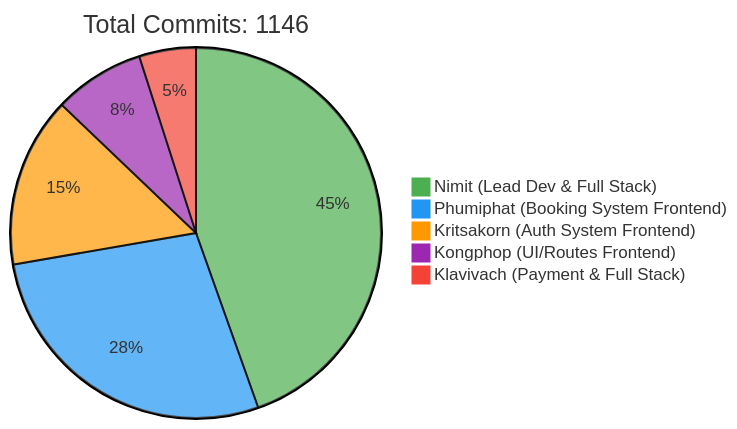
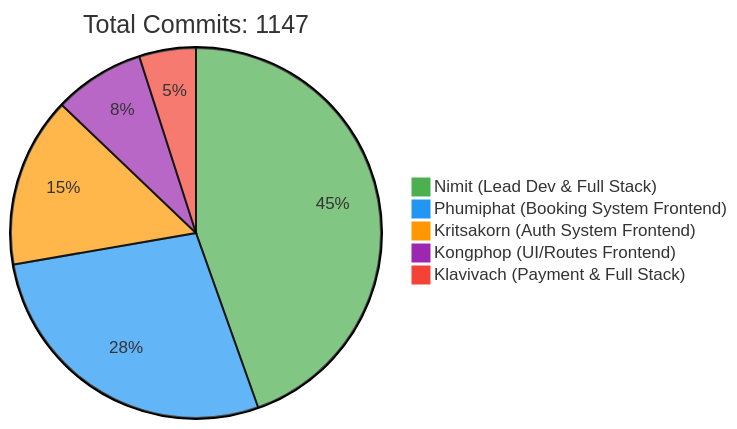
The first of 2 diagrams in README.md (6531503042/Sport-Complex), drawn with Mermaid before and after one commit. The commit also changed other lines of this file, not shown here.

Commit message:
docs: Update contributor statistics [skip ci]

````diff
--- a/README.md
+++ b/README.md
@@ -257,10 +257,10 @@
 ```mermaid
 %%{init: {'theme': 'base', 'themeVariables': { 'pie1': '#4CAF50', 'pie2': '#2196F3', 'pie3': '#FF9800', 'pie4': '#9C27B0', 'pie5': '#F44336'}}}%%
 pie
-    title Total Commits: 1146
+    title Total Commits: 1147
     "Nimit (Lead Dev & Full Stack)" : 450
     "Phumiphat (Booking System Frontend)" : 280
     "Kritsakorn (Auth System Frontend)" : 150
     "Kongphop (UI/Routes Frontend)" : 80
     "Klavivach (Payment & Full Stack)" : 50
 ```
````
